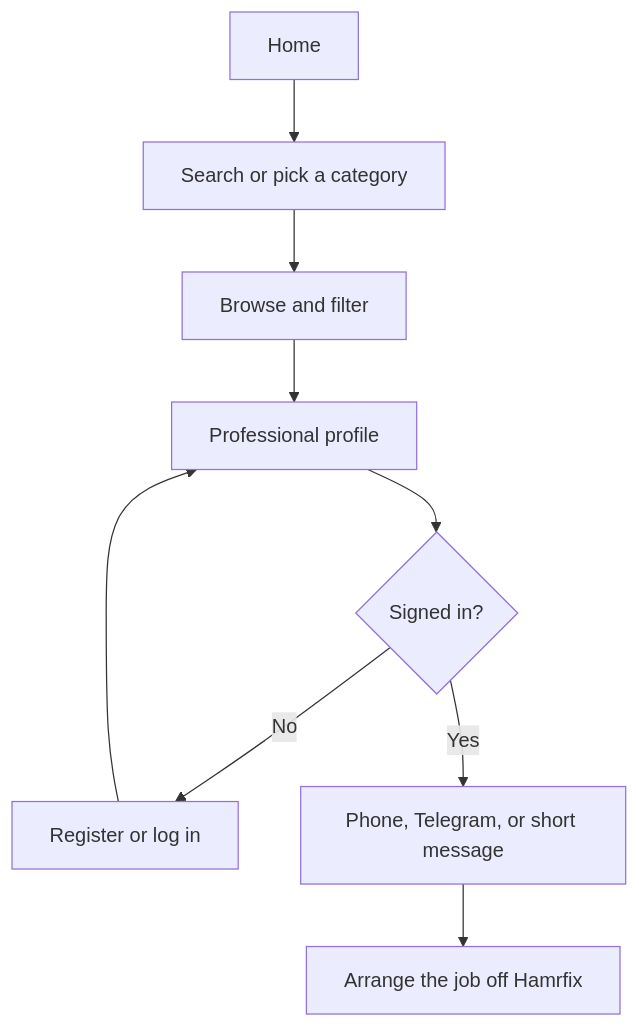
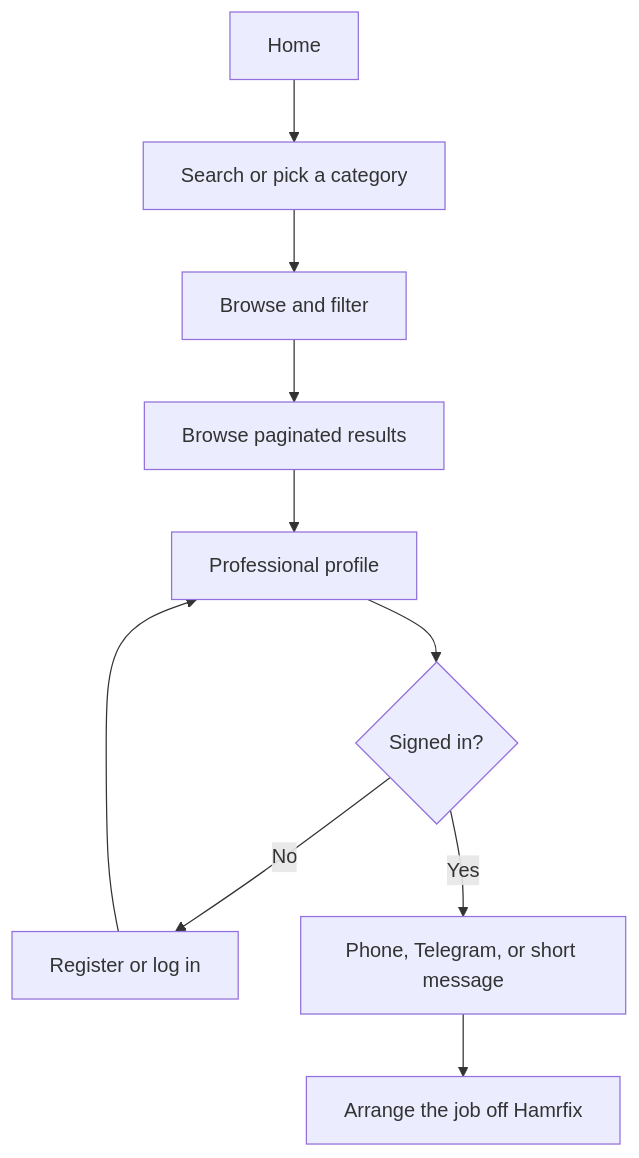
The first of 2 diagrams in documnetations/user-flows.md (JoeAsn/HamrFix), drawn with Mermaid before and after one commit. The commit also changed 3 other files, not shown here.

````diff
--- a/documnetations/user-flows.md
+++ b/documnetations/user-flows.md
@@ -5,11 +5,12 @@
 ```mermaid
 flowchart TD
   A[Home] --> B[Search or pick a category]
   B --> C[Browse and filter]
-  C --> D[Professional profile]
-  D --> E{Signed in?}
-  E -->|No| F[Register or log in]
-  F --> D
-  E -->|Yes| G[Phone, Telegram, or short message]
-  G --> H[Arrange the job off Hamrfix]
+  C --> D[Browse paginated results]
+  D --> E[Professional profile]
+  E --> F{Signed in?}
+  F -->|No| G[Register or log in]
+  G --> E
+  F -->|Yes| H[Phone, Telegram, or short message]
+  H --> I[Arrange the job off Hamrfix]
 ```
````
